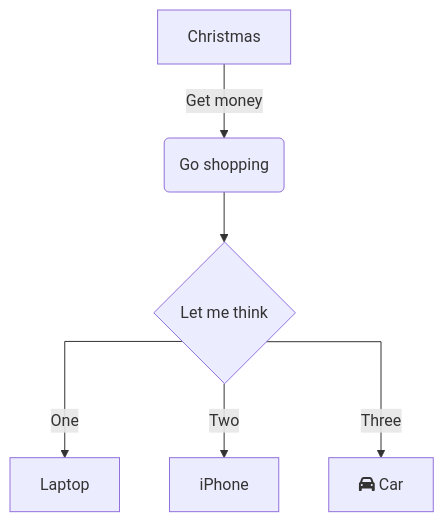
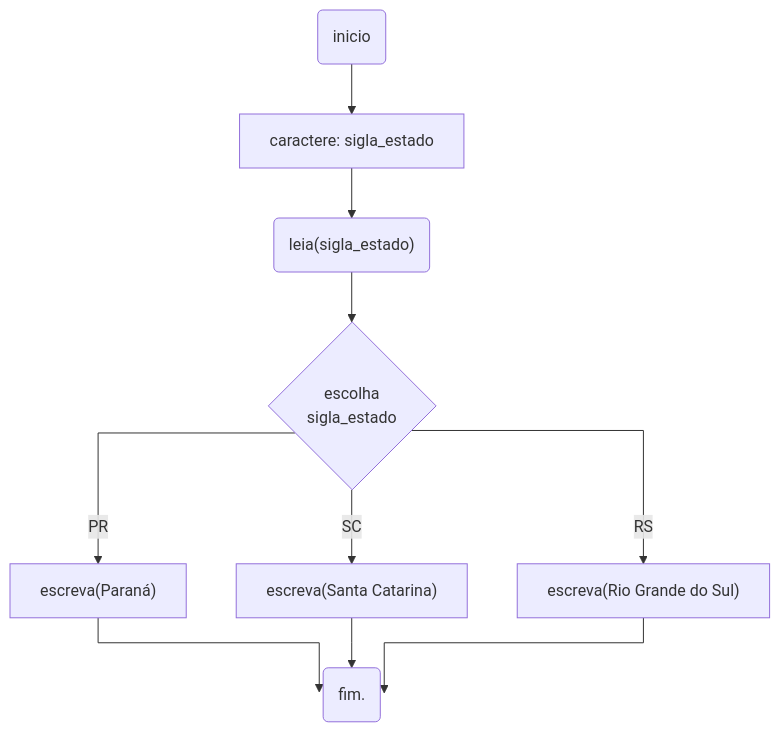
The diagram in docs/03-Controle/03-Multipla.md (darlonv/algoritmos), drawn with Mermaid before and after one commit. The commit also changed other lines of this file and 7 other files, not shown here.

````diff
--- a/docs/03-Controle/03-Multipla.md
+++ b/docs/03-Controle/03-Multipla.md
@@ -258,9 +304,18 @@
-```mermaid
-%%{ init: { 'flowchart': { 'curve': 'stepAfter' } } }%%
-graph TD
-    A[Christmas] -->|Get money| B(Go shopping)
-    B --> C{Let me think}
-    C -->|One| D[Laptop]
-    C -->|Two| E[iPhone]
-    C -->|Three| F[fa:fa-car Car]
-```
+  ```mermaid
+  %%{ init: { 'flowchart': { 'curve': 'stepAfter' } } }%%
+  graph TD
+      inicio("inicio")
+      fim("fim.")
+      A["caractere: sigla_estado"]
+      B("leia(sigla_estado)")
+      B --> C{"escolha
+      sigla_estado"}
+      C -->|"PR"| D["escreva(Paraná)"]
+      C -->|"SC"| E["escreva(Santa Catarina)"]
+      C -->|"RS"| F["escreva(Rio Grande do Sul)"]
+      A --> B
+      inicio --> A
+      D --> fim
+      E --> fim
+      F --> fim
+  ```
````
